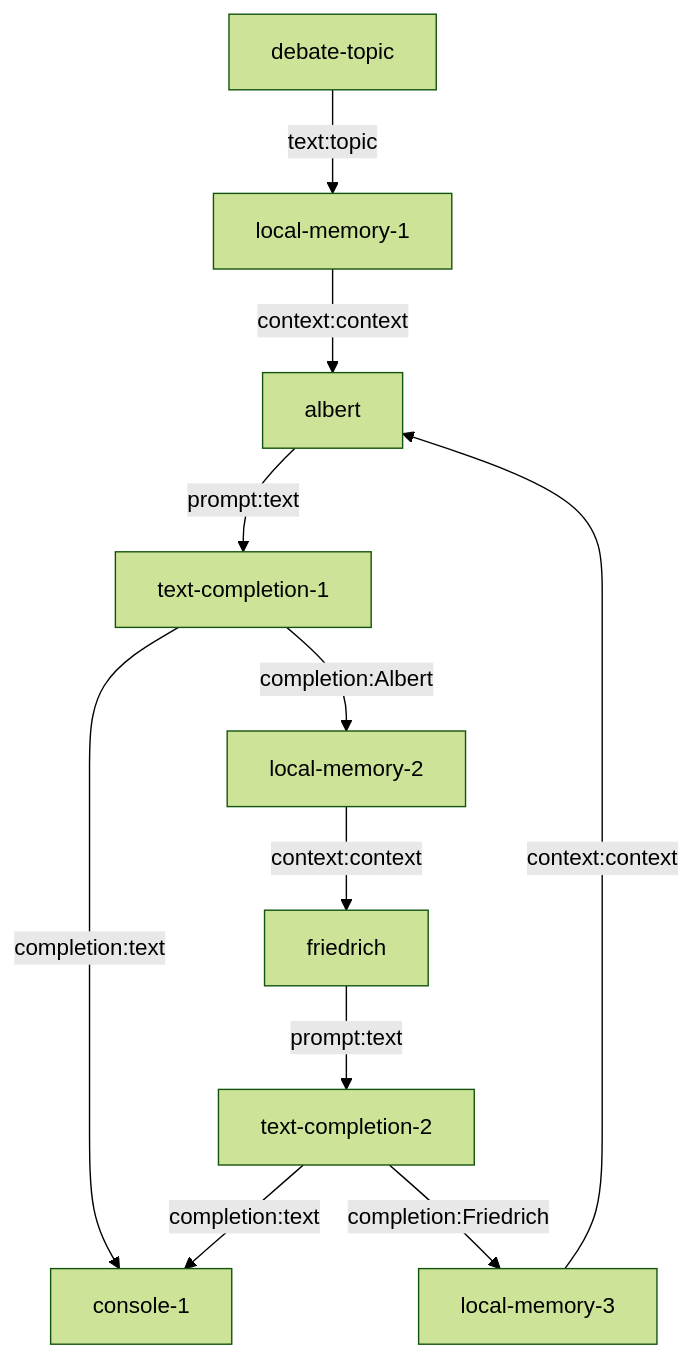
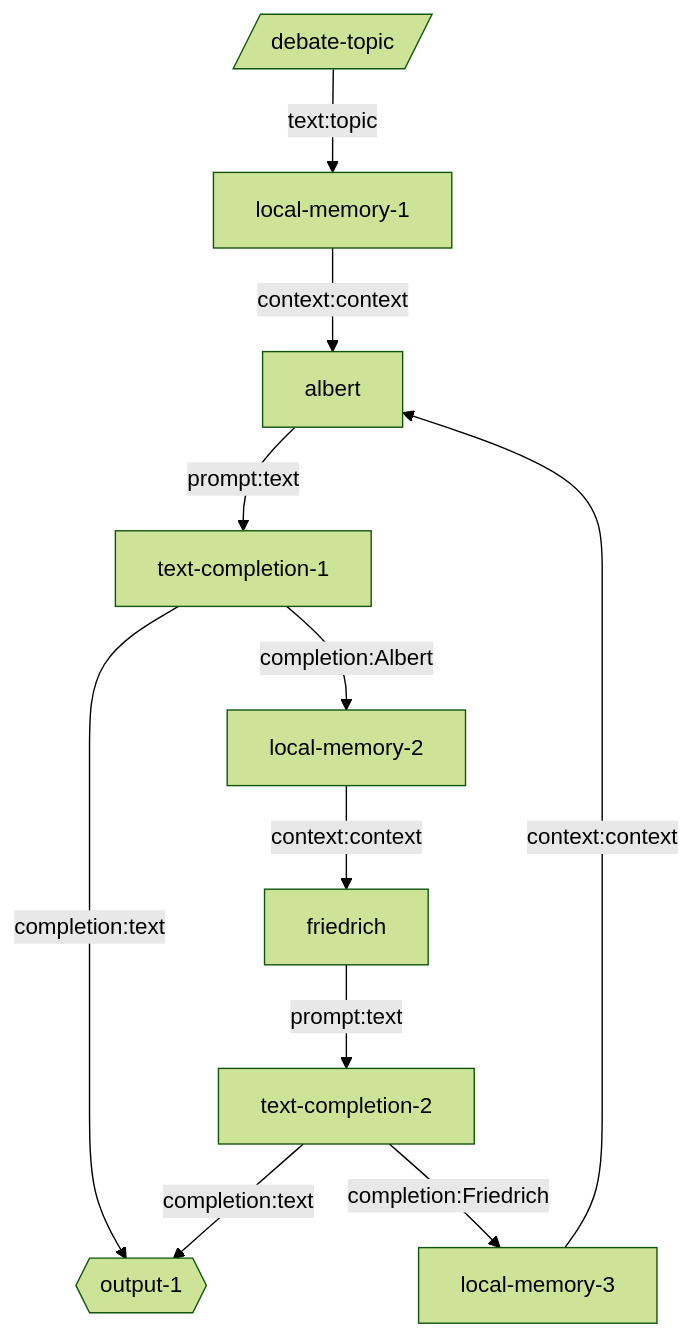
The diagram in seeds/graph-playground/docs/graphs/endless-debate.md (breadboard-ai/breadboard), drawn with Mermaid (forest theme) before and after one commit. The commit also changed 12 other files, not shown here.

Commit message:
[graph-playgroun] Update diagrams.

````diff
--- a/seeds/graph-playground/docs/graphs/endless-debate.md
+++ b/seeds/graph-playground/docs/graphs/endless-debate.md
@@ -4,13 +4,13 @@
 ```mermaid
 graph TD;
-debate-topic -- text:topic --> local-memory-1
+debate-topic[/debate-topic/] -- text:topic --> local-memory-1
 local-memory-1 -- context:context --> albert
 albert -- prompt:text --> text-completion-1
-text-completion-1 -- completion:text --> console-1
+text-completion-1 -- completion:text --> output-1{{output-1}}
 text-completion-1 -- completion:Albert --> local-memory-2
 local-memory-2 -- context:context --> friedrich
 friedrich -- prompt:text --> text-completion-2
-text-completion-2 -- completion:text --> console-1
+text-completion-2 -- completion:text --> output-1{{output-1}}
 text-completion-2 -- completion:Friedrich --> local-memory-3
 local-memory-3 -- context:context --> albert
 ```
````
